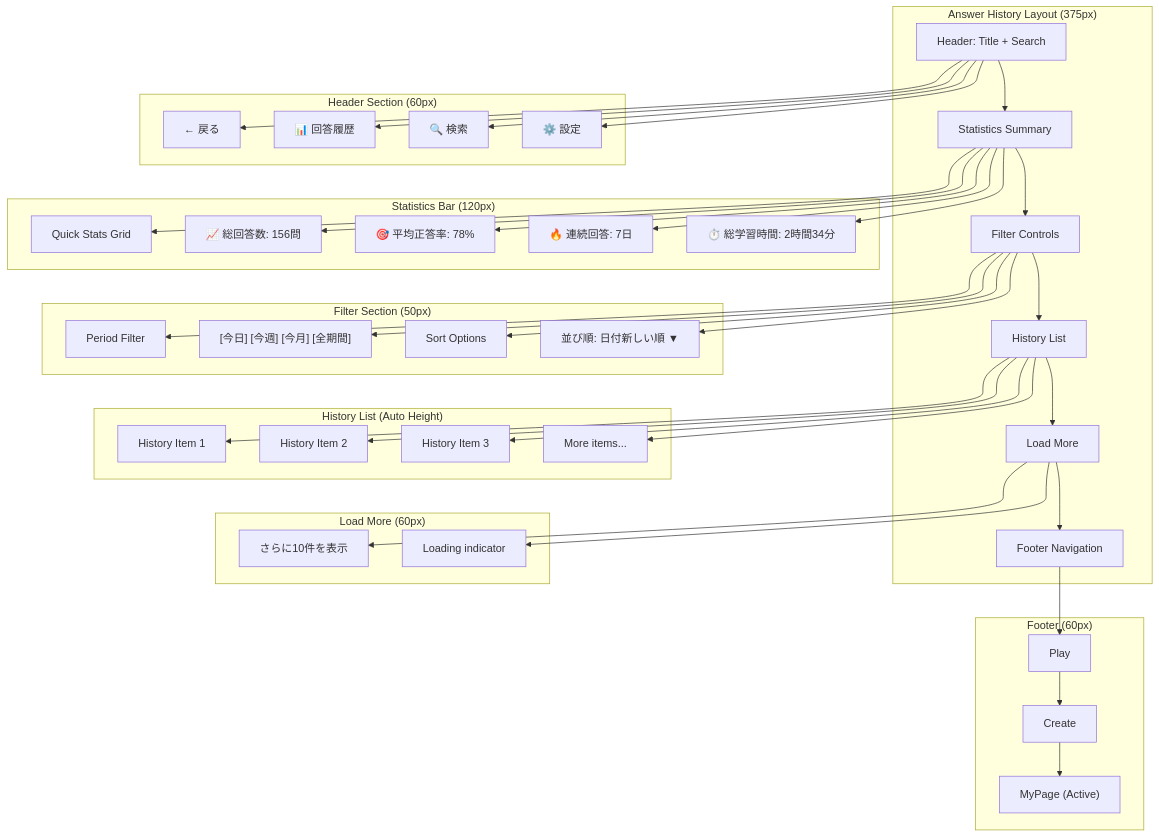
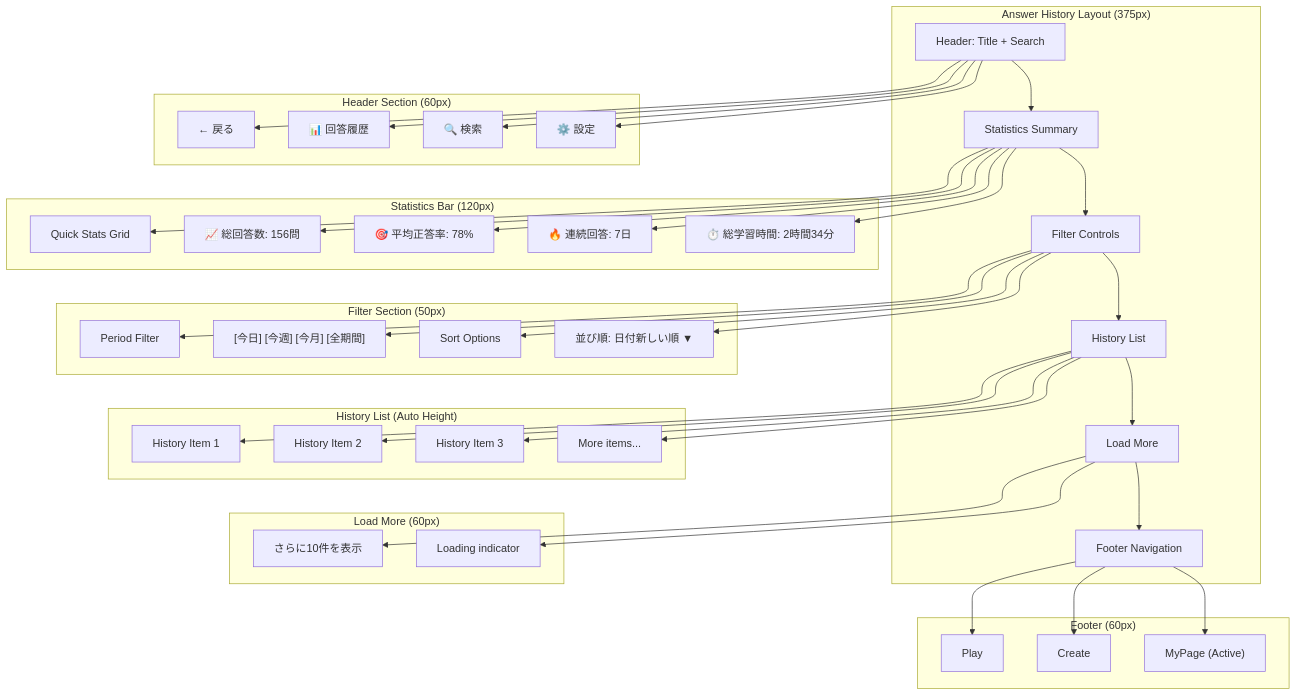
Before and after one commit to tanacchi/your-quiz: the first of 11 diagrams in docs/project/ui-design/3.01_wireframes/answer-history-page.md, drawn with Mermaid. The commit also changed 4 other files, not shown here.

First line of the commit message:
fix: Fix Mermaid diagram syntax errors in wireframes

````diff
--- a/docs/project/ui-design/3.01_wireframes/answer-history-page.md
+++ b/docs/project/ui-design/3.01_wireframes/answer-history-page.md
@@ -17,48 +17,50 @@
 ```mermaid
 graph TD
     subgraph "Answer History Layout (375px)"
         A[Header: Title + Search] --> B[Statistics Summary]
         B --> C[Filter Controls]
         C --> D[History List]
         D --> E[Load More]
         E --> F[Footer Navigation]
     end
     
     subgraph "Header Section (60px)"
         A --> A1[← 戻る]
         A --> A2["📊 回答履歴"]
         A --> A3[🔍 検索]
         A --> A4[⚙️ 設定]
     end
     
     subgraph "Statistics Bar (120px)"
         B --> B1[Quick Stats Grid]
         B --> B2["📈 総回答数: 156問"]
         B --> B3["🎯 平均正答率: 78%"]
         B --> B4["🔥 連続回答: 7日"]
         B --> B5["⏱️ 総学習時間: 2時間34分"]
     end
     
     subgraph "Filter Section (50px)"
         C --> C1[Period Filter]
         C --> C2["[今日] [今週] [今月] [全期間]"]
         C --> C3[Sort Options]
         C --> C4["並び順: 日付新しい順 ▼"]
     end
     
     subgraph "History List (Auto Height)"
         D --> D1[History Item 1]
         D --> D2[History Item 2]
         D --> D3[History Item 3]
         D --> D4[More items...]
     end
     
     subgraph "Load More (60px)"
         E --> E1["さらに10件を表示"]
         E --> E2[Loading indicator]
     end
     
     subgraph "Footer (60px)"
-        F --> F1[Play] --> F2[Create] --> F3["MyPage (Active)"]
+        F --> F1[Play]
+        F --> F2[Create]
+        F --> F3["MyPage (Active)"]
     end
 ```
````
